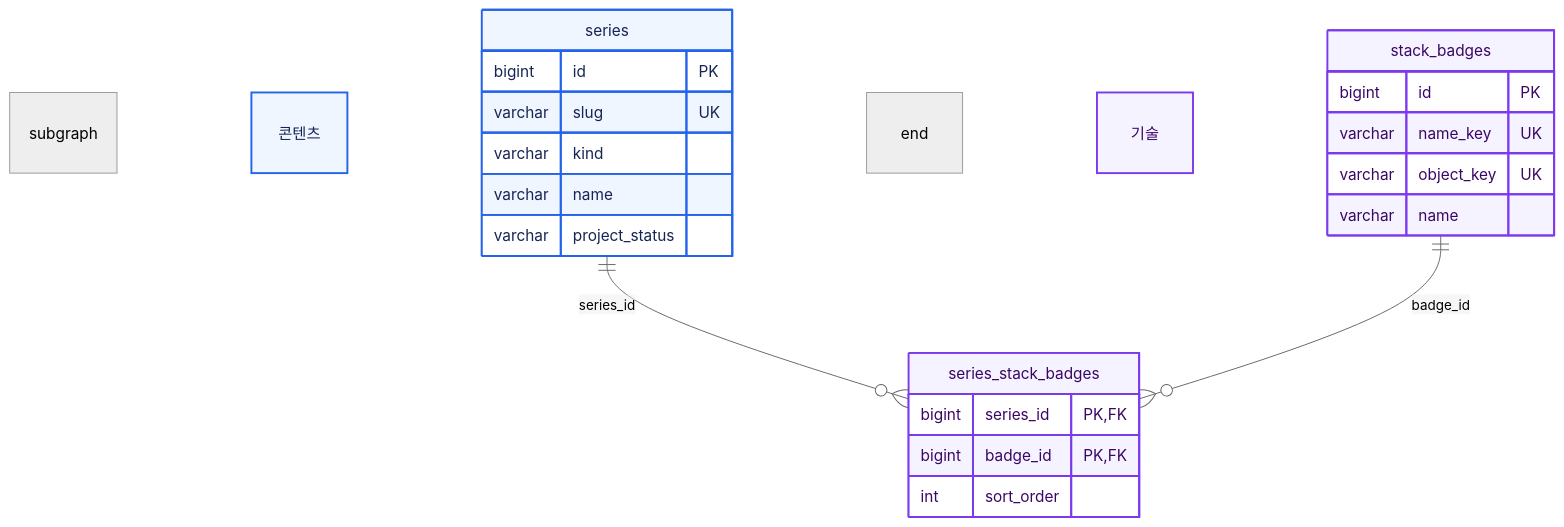
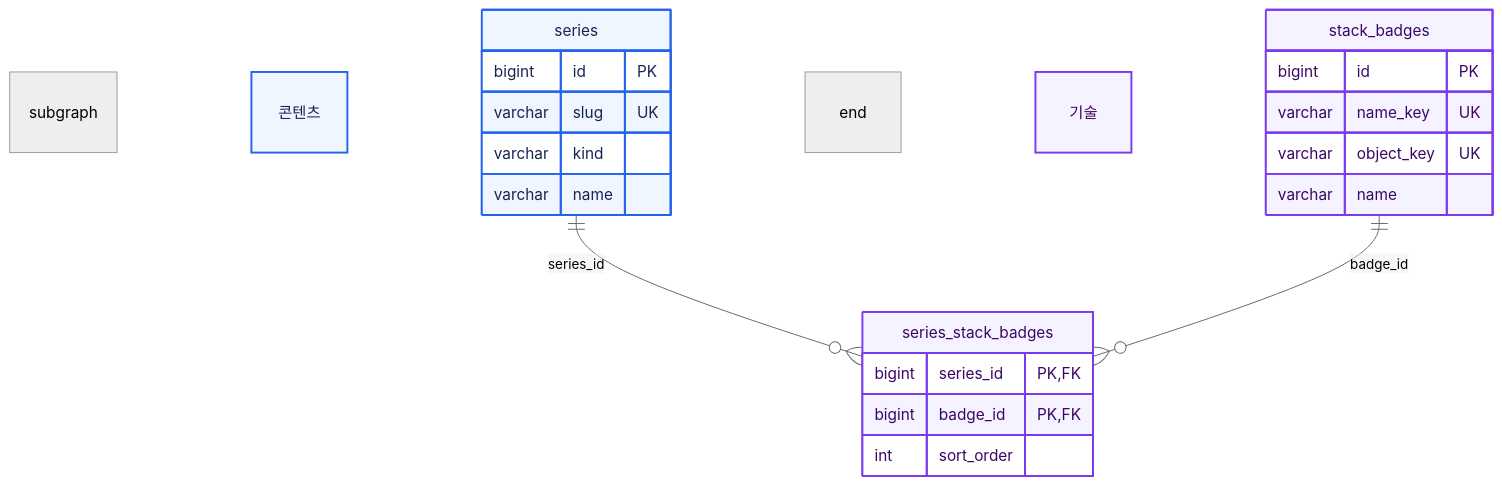
One commit to gjaku1031/ken-blog changed the fifth of 6 diagrams in content/posts/post-f9235d74-4d5b-4705-8f59-ba3511bd50e9.md. Above: the diagram before and after it, drawn with Mermaid (neutral theme). The commit also changed other lines of this file and 14 other files, not shown here.

First line of the commit message:
docs: restructure architecture and finish data, ops, security docs

````diff
--- a/content/posts/post-f9235d74-4d5b-4705-8f59-ba3511bd50e9.md
+++ b/content/posts/post-f9235d74-4d5b-4705-8f59-ba3511bd50e9.md
@@ -315,32 +310,31 @@
-```mermaid
+```mermaid caption="series_stack_badges의 복합 PK는 (series_id, badge_id), 표시 순서의 복합 고유 제약은 (series_id, sort_order)"
 erDiagram
     direction TB
     subgraph content_detail["콘텐츠"]
         series {
             bigint id PK
             varchar slug UK
             varchar kind
             varchar name
-            varchar project_status
         }
     end
     subgraph stack_detail["기술"]
         stack_badges {
             bigint id PK
             varchar name_key UK
             varchar object_key UK
             varchar name
         }
         series_stack_badges {
             bigint series_id PK, FK
             bigint badge_id PK, FK
             int sort_order
         }
     end
     series ||--o{ series_stack_badges : series_id
     stack_badges ||--o{ series_stack_badges : badge_id
     classDef content fill:#eff6ff,stroke:#2563eb,color:#172554,stroke-width:2px
     class content_detail,series content
     classDef stack fill:#f5f3ff,stroke:#7c3aed,color:#3b0764,stroke-width:2px
     class stack_detail,stack_badges,series_stack_badges stack
 ```
````
